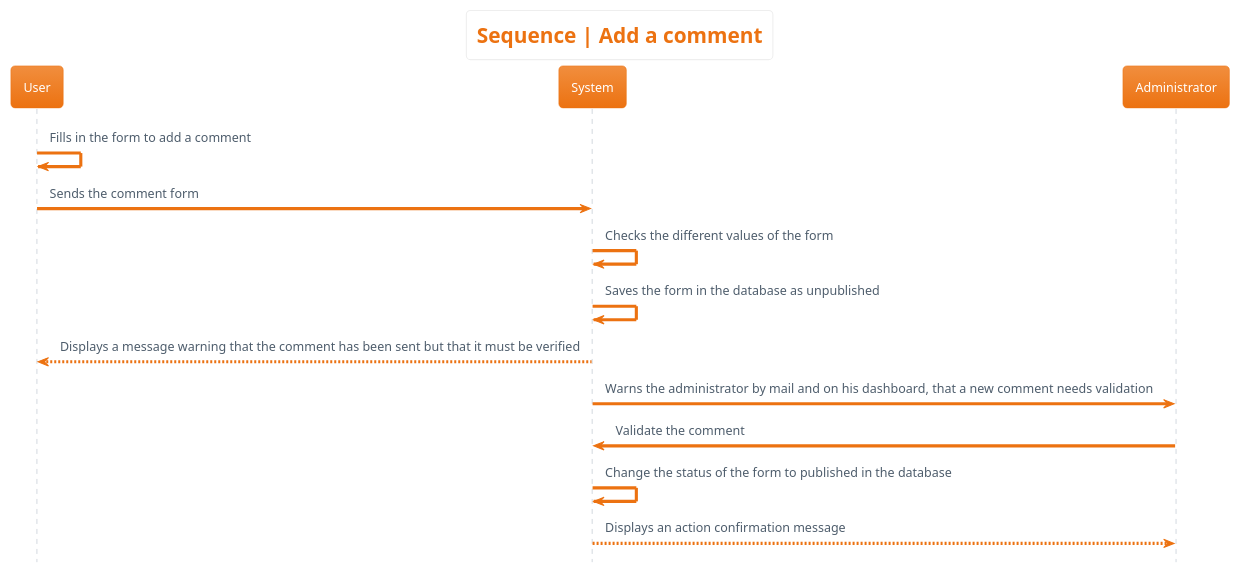
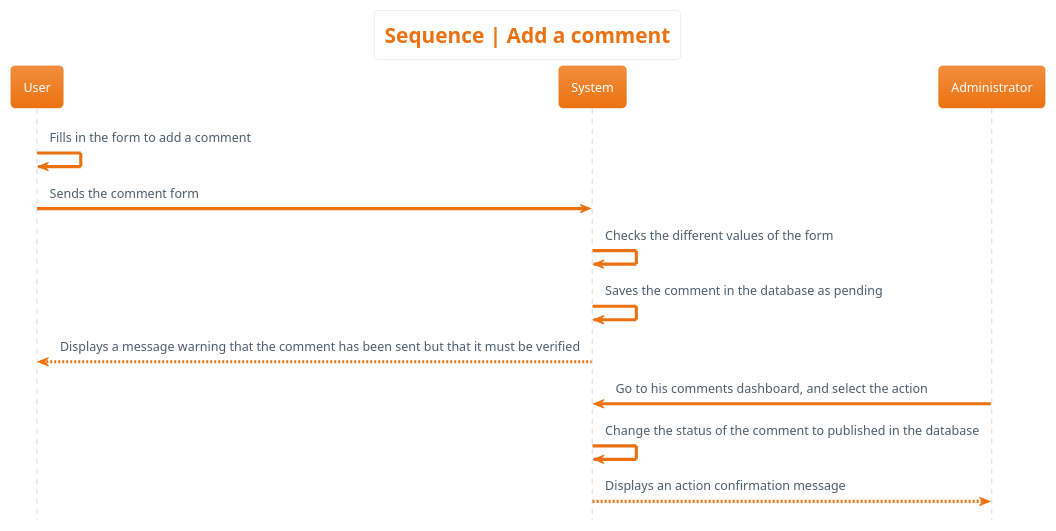
One commit to sebastien-d-me/SebBlog changed the diagram in 1_project_design/uml_diagrams/sequence/comments/add_comment/add_comment.plantuml. Above: the diagram before and after it, drawn with PlantUML. The commit also changed 59 other files, not shown here.

First line of the commit message:
📝 Update the diagrams

```diff
--- a/1_project_design/uml_diagrams/sequence/comments/add_comment/add_comment.plantuml
+++ b/1_project_design/uml_diagrams/sequence/comments/add_comment/add_comment.plantuml
@@ -1,20 +1,19 @@
 @startuml sequence__add_comment
 hide footbox
 skinparam actorStyle awesome
 !theme aws-orange
 skinparam backgroundcolor White
 
 'Titre'
 title Sequence | Add a comment
 
 'Déroulement'
 User -> User : Fills in the form to add a comment
 User -> System : Sends the comment form
 System -> System : Checks the different values of the form
-System -> System : Saves the form in the database as unpublished
+System -> System : Saves the comment in the database as pending
 System --> User : Displays a message warning that the comment has been sent but that it must be verified
-System -> Administrator : Warns the administrator by mail and on his dashboard, that a new comment needs validation
-Administrator -> System : Validate the comment
-System -> System : Change the status of the form to published in the database
+Administrator -> System : Go to his comments dashboard, and select the action
+System -> System : Change the status of the comment to published in the database
 System --> Administrator: Displays an action confirmation message
 @enduml
```
